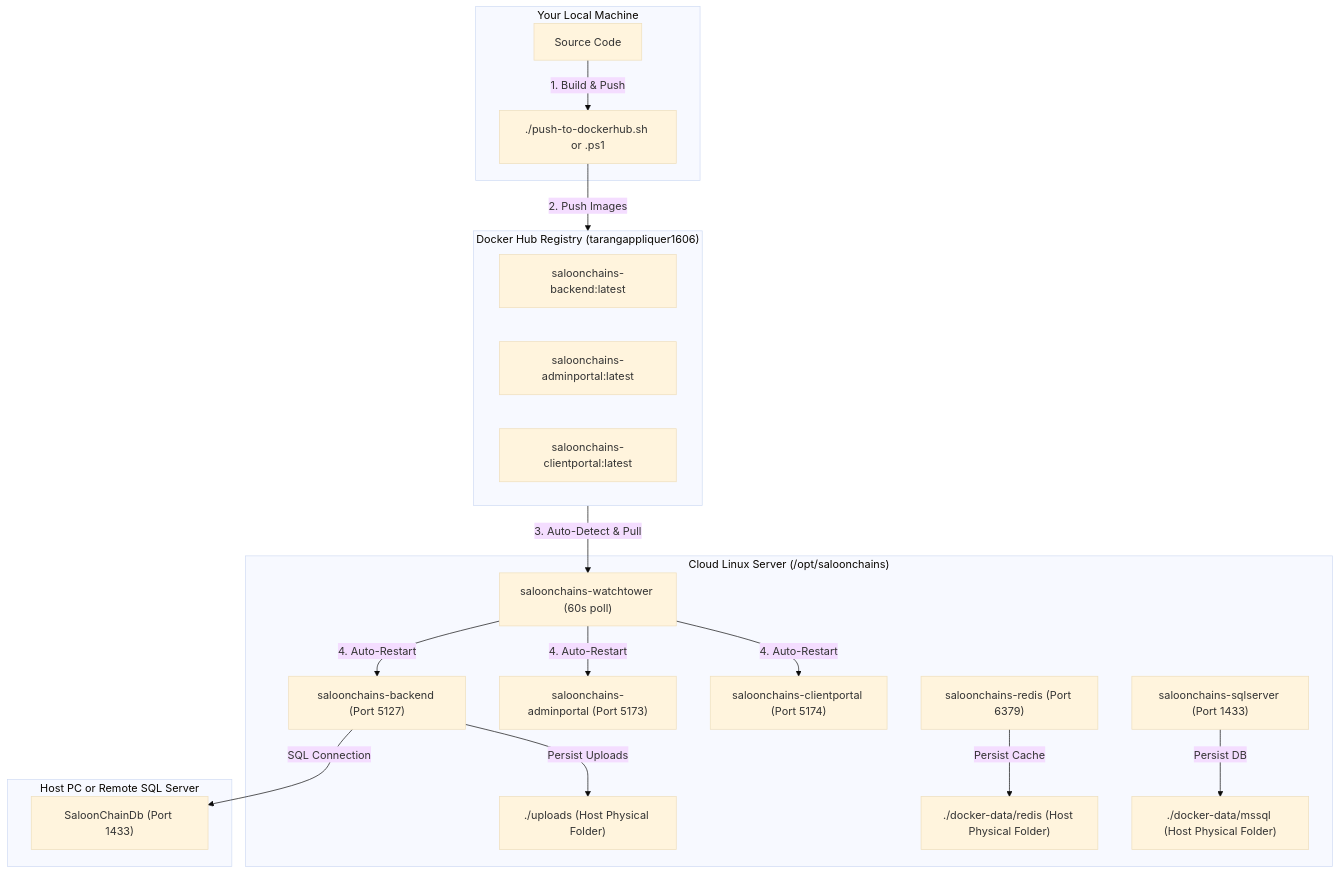
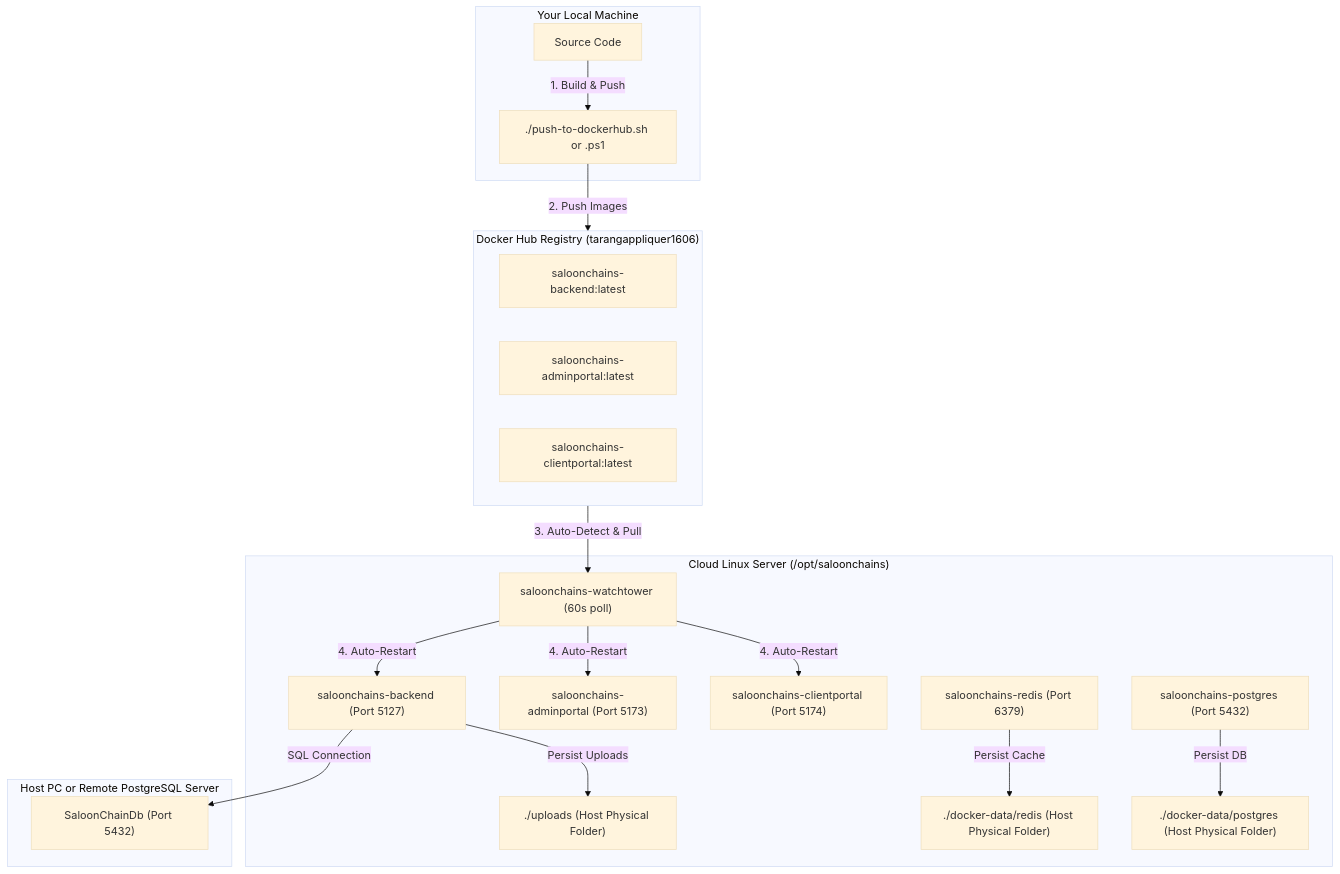
Before and after one commit to tarangappliquer/saloon-chain: the diagram in DEPLOYMENT_GUIDE.md, drawn with Mermaid (base theme). The commit also changed other lines of this file and 63 other files, not shown here.

````diff
--- a/DEPLOYMENT_GUIDE.md
+++ b/DEPLOYMENT_GUIDE.md
@@ -9,41 +9,41 @@
 ```mermaid
 flowchart TD
     subgraph LocalMachine ["Your Local Machine"]
         LocalCode["Source Code"]
         PushScript["./push-to-dockerhub.sh or .ps1"]
     end
 
     subgraph DockerHub ["Docker Hub Registry (tarangappliquer1606)"]
         BackendImg["saloonchains-backend:latest"]
         AdminImg["saloonchains-adminportal:latest"]
         ClientImg["saloonchains-clientportal:latest"]
     end
 
     subgraph CloudServer ["Cloud Linux Server (/opt/saloonchains)"]
         Watchtower["saloonchains-watchtower (60s poll)"]
         BackendContainer["saloonchains-backend (Port 5127)"]
         AdminContainer["saloonchains-adminportal (Port 5173)"]
         ClientContainer["saloonchains-clientportal (Port 5174)"]
         RedisContainer["saloonchains-redis (Port 6379)"]
-        SQLContainer["saloonchains-sqlserver (Port 1433)"]
+        SQLContainer["saloonchains-postgres (Port 5432)"]
         PhysicalUploads["./uploads (Host Physical Folder)"]
         PhysicalRedis["./docker-data/redis (Host Physical Folder)"]
-        PhysicalSQL["./docker-data/mssql (Host Physical Folder)"]
+        PhysicalSQL["./docker-data/postgres (Host Physical Folder)"]
     end
 
-    subgraph DatabaseHost ["Host PC or Remote SQL Server"]
-        SQLServer["SaloonChainDb (Port 1433)"]
+    subgraph DatabaseHost ["Host PC or Remote PostgreSQL Server"]
+        SQLServer["SaloonChainDb (Port 5432)"]
     end
 
     LocalCode -->|1. Build & Push| PushScript
     PushScript -->|2. Push Images| DockerHub
     DockerHub -->|3. Auto-Detect & Pull| Watchtower
     Watchtower -->|4. Auto-Restart| BackendContainer
     Watchtower -->|4. Auto-Restart| AdminContainer
     Watchtower -->|4. Auto-Restart| ClientContainer
 
     BackendContainer -->|Persist Uploads| PhysicalUploads
     RedisContainer -->|Persist Cache| PhysicalRedis
     SQLContainer -->|Persist DB| PhysicalSQL
     BackendContainer -->|SQL Connection| SQLServer
 ```
````
